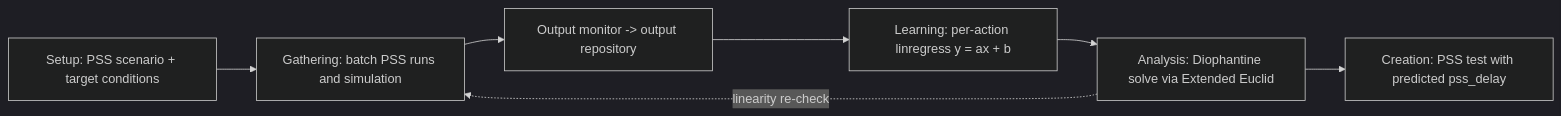
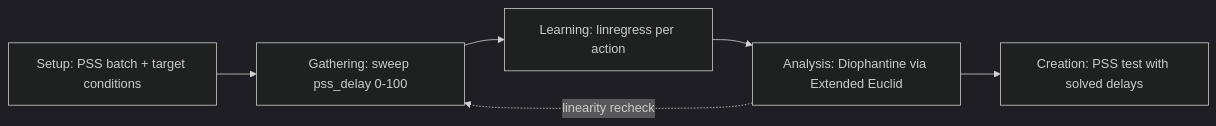
One commit to nemo99007/yt-paper changed the diagram in docs/papers/ref-20261018-e710-pss-action-sequence-modeling-using-machine-learning.md. Above: the diagram before and after it, drawn with Mermaid (dark theme). The commit also changed other lines of this file and 172 other files, not shown here.

````diff
--- a/docs/papers/ref-20261018-e710-pss-action-sequence-modeling-using-machine-learning.md
+++ b/docs/papers/ref-20261018-e710-pss-action-sequence-modeling-using-machine-learning.md
@@ -233,9 +160,8 @@
 ```mermaid
 flowchart LR
-    A[Setup: PSS scenario + target conditions] --> B[Gathering: batch PSS runs and simulation]
-    B --> C[Output monitor -> output repository]
-    C --> D[Learning: per-action linregress y = ax + b]
-    D --> E[Analysis: Diophantine solve via Extended Euclid]
-    E --> F[Creation: PSS test with predicted pss_delay]
-    E -. linearity re-check .-> B
+  A[Setup: PSS batch + target conditions] --> B[Gathering: sweep pss_delay 0-100]
+  B --> C[Learning: linregress per action]
+  C --> D[Analysis: Diophantine via Extended Euclid]
+  D --> E[Creation: PSS test with solved delays]
+  D -.linearity recheck.-> B
 ```
````
